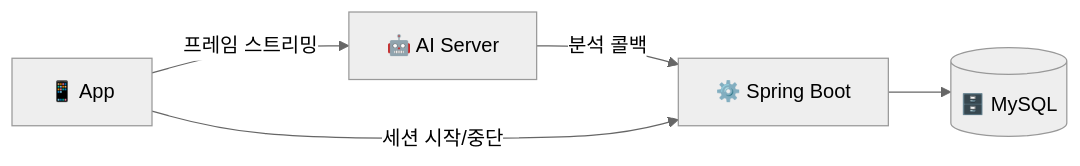
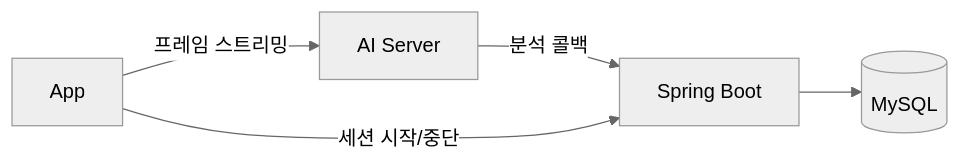
One commit to Shadowfit/init changed the first of 3 diagrams in backend/README.md. Above: the diagram before and after it, drawn with Mermaid (neutral theme). The commit also changed other lines of this file, not shown here.

Commit message:
docs(backend): mermaid 다이어그램 아이콘 이모지 제거

````diff
--- a/backend/README.md
+++ b/backend/README.md
@@ -29,12 +29,12 @@
 ```mermaid
 graph LR
-    FE["📱 App"]
-    AI["🤖 AI Server"]
-    BE["⚙️ Spring Boot"]
-    DB[("🗄️ MySQL")]
+    FE["App"]
+    AI["AI Server"]
+    BE["Spring Boot"]
+    DB[("MySQL")]
 
     FE -- "프레임 스트리밍" --> AI
     AI -- "분석 콜백" --> BE
     FE -- "세션 시작/중단" --> BE
     BE --> DB
 ```
````
